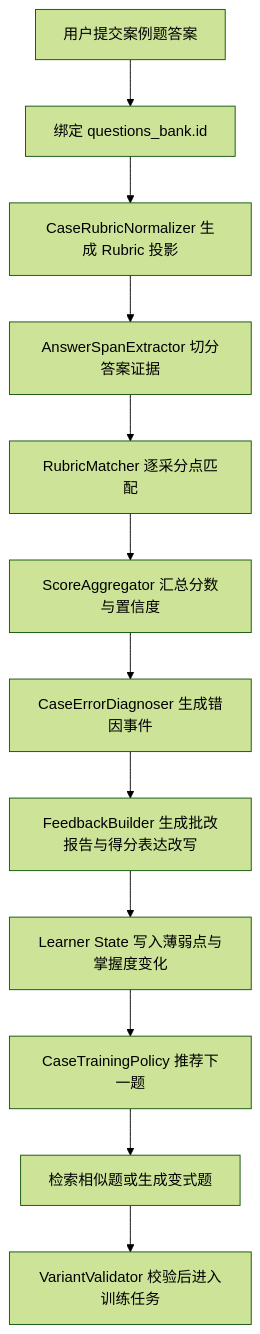
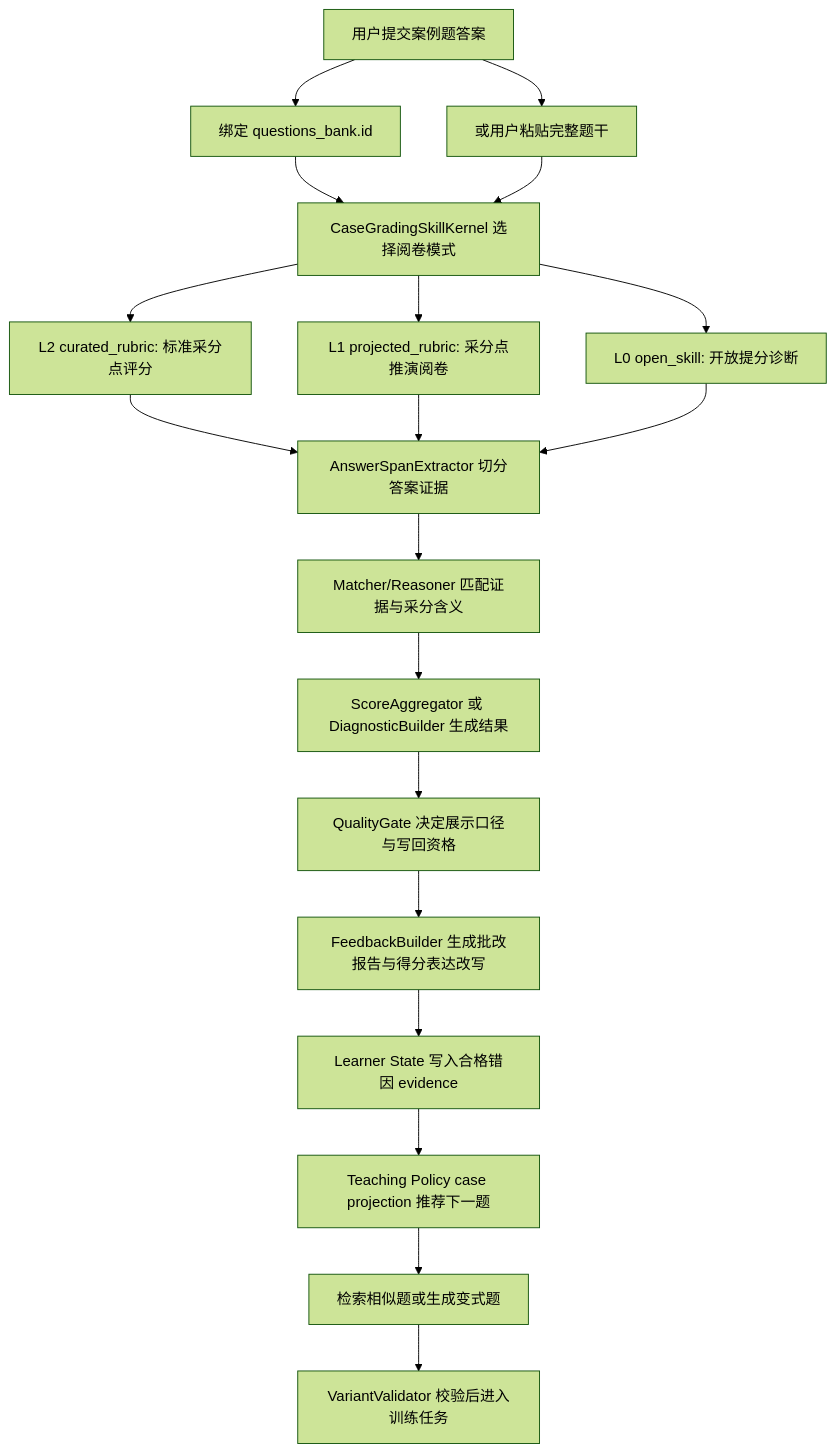
The first of 2 diagrams in docs/plan/2026-05-13-luban-case-grading-error-map-prd.md (chenyh200807/luban-deep), drawn with Mermaid (forest theme) before and after one commit. The commit also changed other lines of this file and 51 other files, not shown here.

````diff
--- a/docs/plan/2026-05-13-luban-case-grading-error-map-prd.md
+++ b/docs/plan/2026-05-13-luban-case-grading-error-map-prd.md
@@ -232,14 +299,21 @@
 ```mermaid
 flowchart TD
   A["用户提交案例题答案"] --> B["绑定 questions_bank.id"]
-  B --> C["CaseRubricNormalizer 生成 Rubric 投影"]
-  C --> D["AnswerSpanExtractor 切分答案证据"]
-  D --> E["RubricMatcher 逐采分点匹配"]
-  E --> F["ScoreAggregator 汇总分数与置信度"]
-  F --> G["CaseErrorDiagnoser 生成错因事件"]
-  G --> H["FeedbackBuilder 生成批改报告与得分表达改写"]
-  H --> I["Learner State 写入薄弱点与掌握度变化"]
-  I --> J["CaseTrainingPolicy 推荐下一题"]
-  J --> K["检索相似题或生成变式题"]
-  K --> L["VariantValidator 校验后进入训练任务"]
+  A --> B2["或用户粘贴完整题干"]
+  B --> C["CaseGradingSkillKernel 选择阅卷模式"]
+  B2 --> C
+  C --> D1["L2 curated_rubric: 标准采分点评分"]
+  C --> D2["L1 projected_rubric: 采分点推演阅卷"]
+  C --> D3["L0 open_skill: 开放提分诊断"]
+  D1 --> E["AnswerSpanExtractor 切分答案证据"]
+  D2 --> E
+  D3 --> E
+  E --> F["Matcher/Reasoner 匹配证据与采分含义"]
+  F --> G["ScoreAggregator 或 DiagnosticBuilder 生成结果"]
+  G --> H["QualityGate 决定展示口径与写回资格"]
+  H --> I["FeedbackBuilder 生成批改报告与得分表达改写"]
+  I --> J["Learner State 写入合格错因 evidence"]
+  J --> K["Teaching Policy case projection 推荐下一题"]
+  K --> L["检索相似题或生成变式题"]
+  L --> M["VariantValidator 校验后进入训练任务"]
 ```
````
